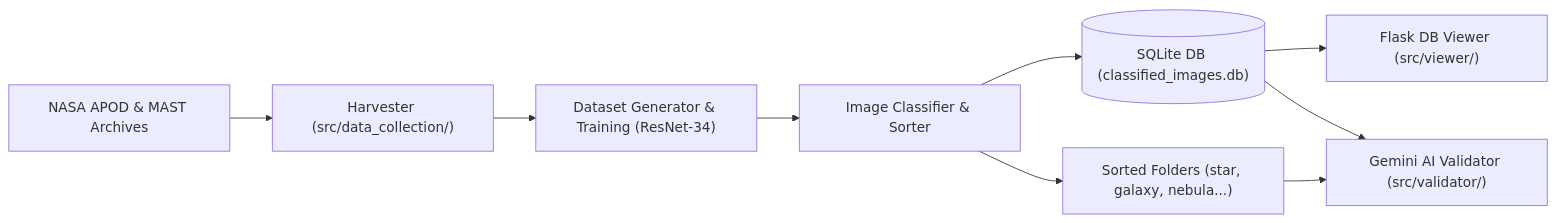
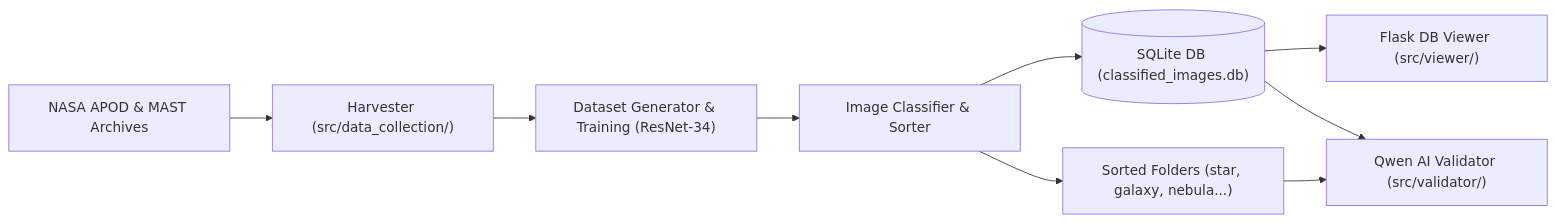
One commit to RaulSalasSahuquillo/nasa-deep-space-classifier changed the diagram in README.md. Above: the diagram before and after it, drawn with Mermaid. The commit also changed other lines of this file and 23 other files, not shown here.

````diff
--- a/README.md
+++ b/README.md
@@ -26,11 +26,11 @@
 ```mermaid
 flowchart LR
     A["NASA APOD & MAST Archives"] --> B["Harvester (src/data_collection/)"]
     B --> C["Dataset Generator & Training (ResNet-34)"]
     C --> D["Image Classifier & Sorter"]
     D --> E[("SQLite DB (classified_images.db)")]
     D --> F["Sorted Folders (star, galaxy, nebula...)"]
     E --> G["Flask DB Viewer (src/viewer/)"]
-    E --> H["Gemini AI Validator (src/validator/)"]
+    E --> H["Qwen AI Validator (src/validator/)"]
     F --> H
 ```
````
